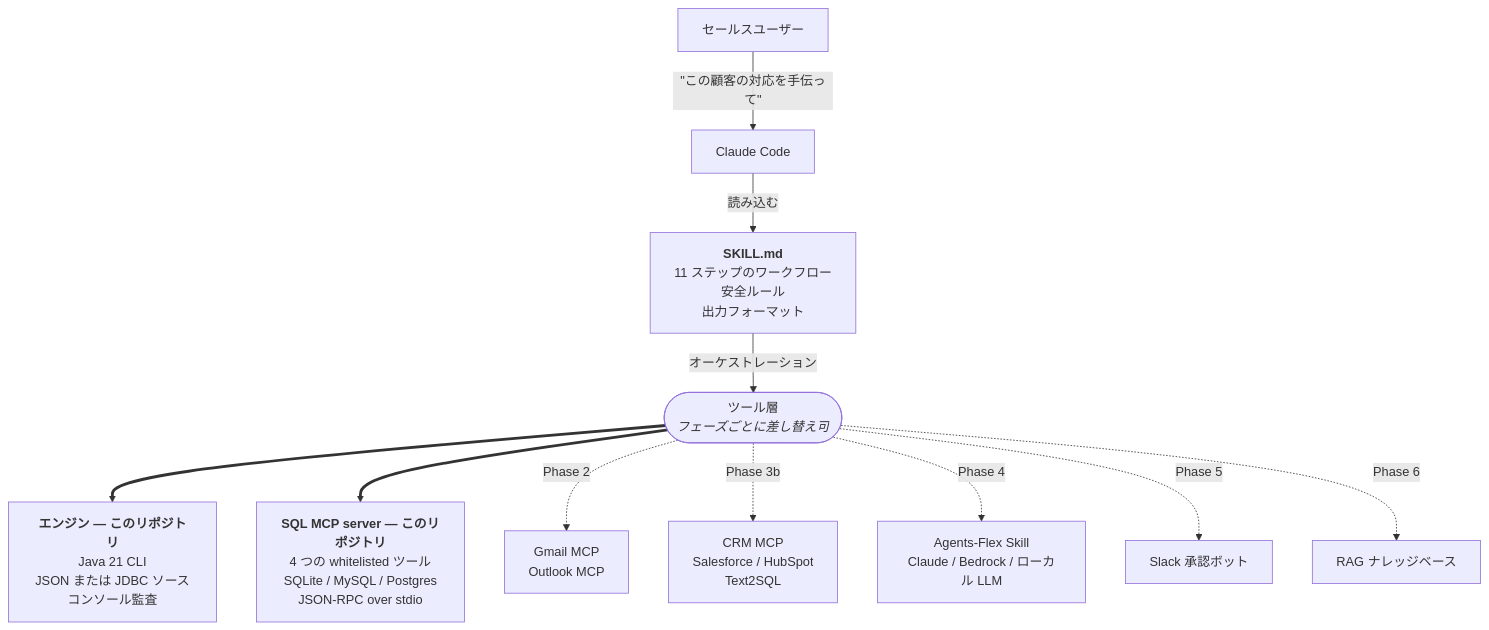
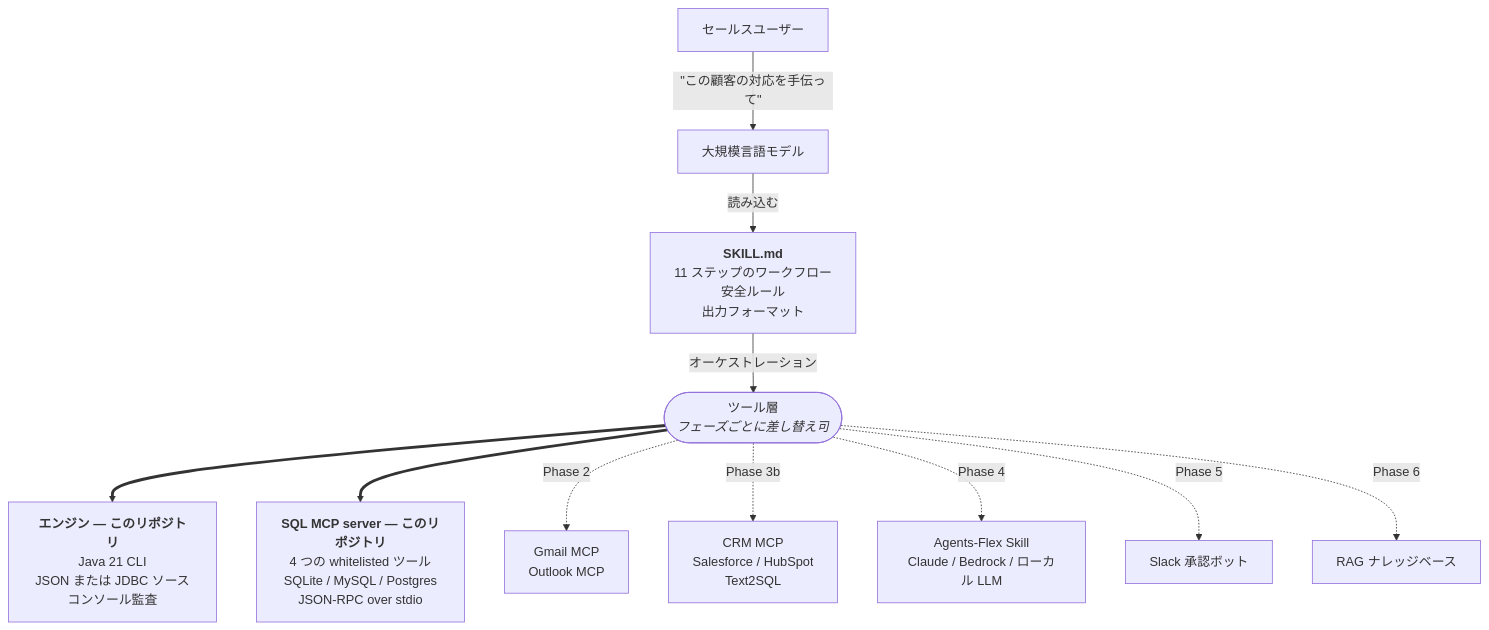
The first of 3 diagrams in README.ja.md (xup6jammy/Sales-AI), drawn with Mermaid before and after one commit. The commit also changed other lines of this file and 5 other files, not shown here.

First line of the commit message:
docs: replace Claude Code with LLM in flowchart nodes

````diff
--- a/README.ja.md
+++ b/README.ja.md
@@ -82,14 +82,14 @@
 ```mermaid
 flowchart TD
-    user["セールスユーザー"] -->|"&quot;この顧客の対応を手伝って&quot;"| cc["Claude Code"]
+    user["セールスユーザー"] -->|"&quot;この顧客の対応を手伝って&quot;"| cc["大規模言語モデル"]
     cc -->|読み込む| skill["<b>SKILL.md</b><br/>11 ステップのワークフロー<br/>安全ルール<br/>出力フォーマット"]
     skill -->|オーケストレーション| tools(["ツール層<br/><i>フェーズごとに差し替え可</i>"])
 
     tools ==> mvp["<b>エンジン — このリポジトリ</b><br/>Java 21 CLI<br/>JSON または JDBC ソース<br/>コンソール監査"]
     tools ==> mcp["<b>SQL MCP server — このリポジトリ</b><br/>4 つの whitelisted ツール<br/>SQLite / MySQL / Postgres<br/>JSON-RPC over stdio"]
     tools -.->|Phase 2| email["Gmail MCP<br/>Outlook MCP"]
     tools -.->|Phase 3b| crm["CRM MCP<br/>Salesforce / HubSpot<br/>Text2SQL"]
     tools -.->|Phase 4| llm["Agents-Flex Skill<br/>Claude / Bedrock / ローカル LLM"]
     tools -.->|Phase 5| approve["Slack 承認ボット"]
     tools -.->|Phase 6| rag["RAG ナレッジベース"]
 ```
````
